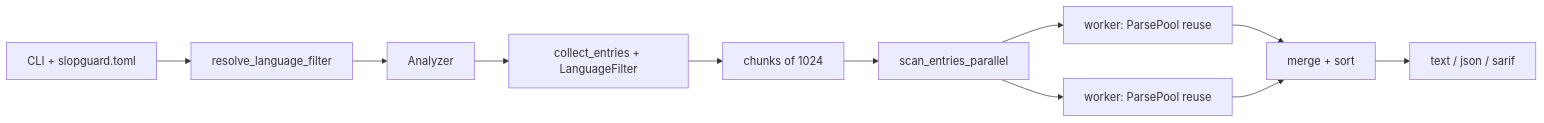
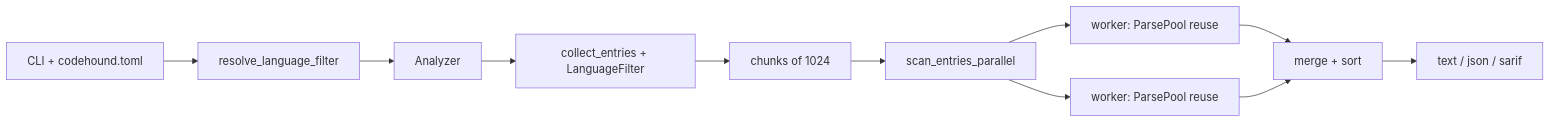
The diagram in plans/v0.0.1/architecture-performance-enhancement/PR/pr-architecture-performance-2026-06-02.md (chinmay-sawant/codehound), drawn with Mermaid before and after one commit. The commit also changed other lines of this file and 228 other files, not shown here.

````diff
--- a/plans/v0.0.1/architecture-performance-enhancement/PR/pr-architecture-performance-2026-06-02.md
+++ b/plans/v0.0.1/architecture-performance-enhancement/PR/pr-architecture-performance-2026-06-02.md
@@ -106,13 +106,13 @@
 ```mermaid
 flowchart LR
-  CLI[CLI + slopguard.toml] --> Filter[resolve_language_filter]
+  CLI[CLI + codehound.toml] --> Filter[resolve_language_filter]
   Filter --> Analyzer
   Analyzer --> Collect[collect_entries + LanguageFilter]
   Collect --> Chunk[chunks of 1024]
   Chunk --> Parallel[scan_entries_parallel]
   Parallel --> W1[worker: ParsePool reuse]
   Parallel --> W2[worker: ParsePool reuse]
   W1 --> Merge[merge + sort]
   W2 --> Merge
   Merge --> Report[text / json / sarif]
 ```
````
